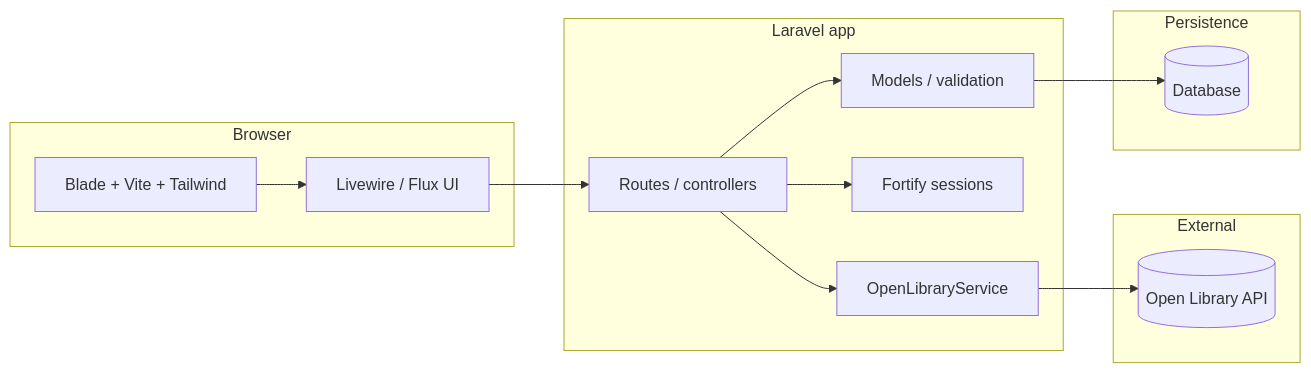
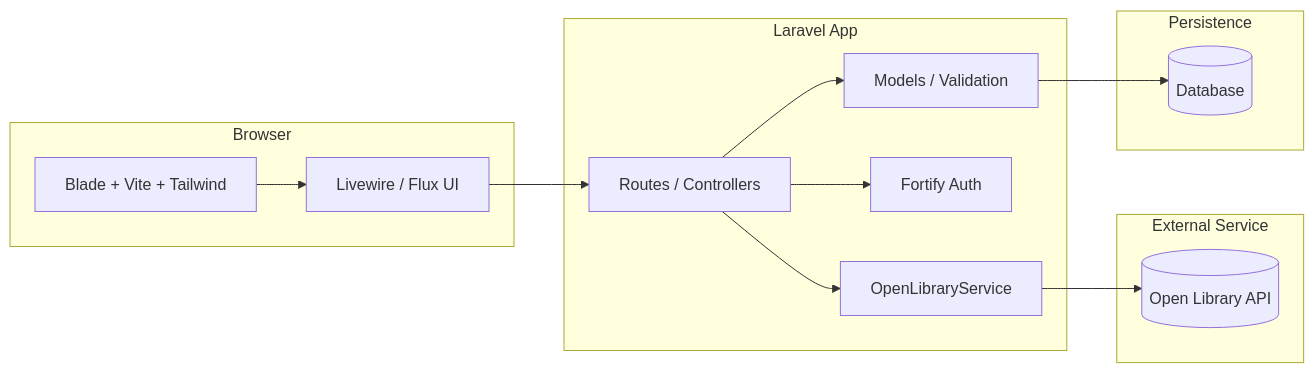
Before and after one commit to jhchan99/signatur: the first of 2 diagrams in README.md, drawn with Mermaid. The commit also changed other lines of this file, not shown here.

````diff
--- a/README.md
+++ b/README.md
@@ -24,26 +34,30 @@
 ```mermaid
 flowchart LR
     subgraph Client["Browser"]
         B[Blade + Vite + Tailwind]
         LW[Livewire / Flux UI]
     end
-    subgraph Server["Laravel app"]
-        R[Routes / controllers]
-        M[Models / validation]
-        F[Fortify sessions]
+
+    subgraph Server["Laravel App"]
+        R[Routes / Controllers]
+        M[Models / Validation]
+        F[Fortify Auth]
         S[OpenLibraryService]
     end
-    subgraph External["External"]
+
+    subgraph External["External Service"]
         OL[(Open Library API)]
     end
+
     subgraph Storage["Persistence"]
         DB[(Database)]
     end
+
     B --> LW
     LW --> R
     R --> M
     R --> F
+    R --> S
     M --> DB
     S --> OL
-    R --> S
 ```
````
